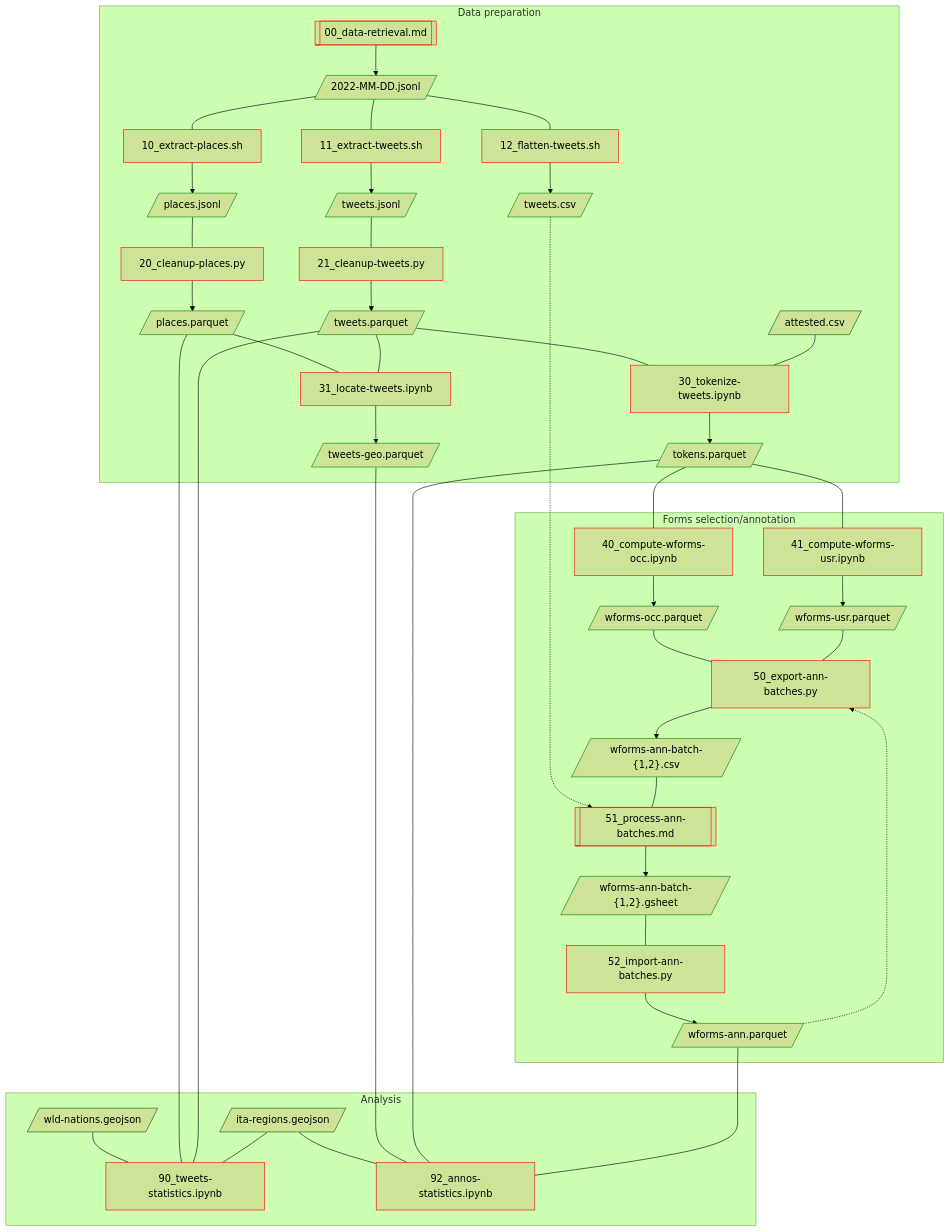
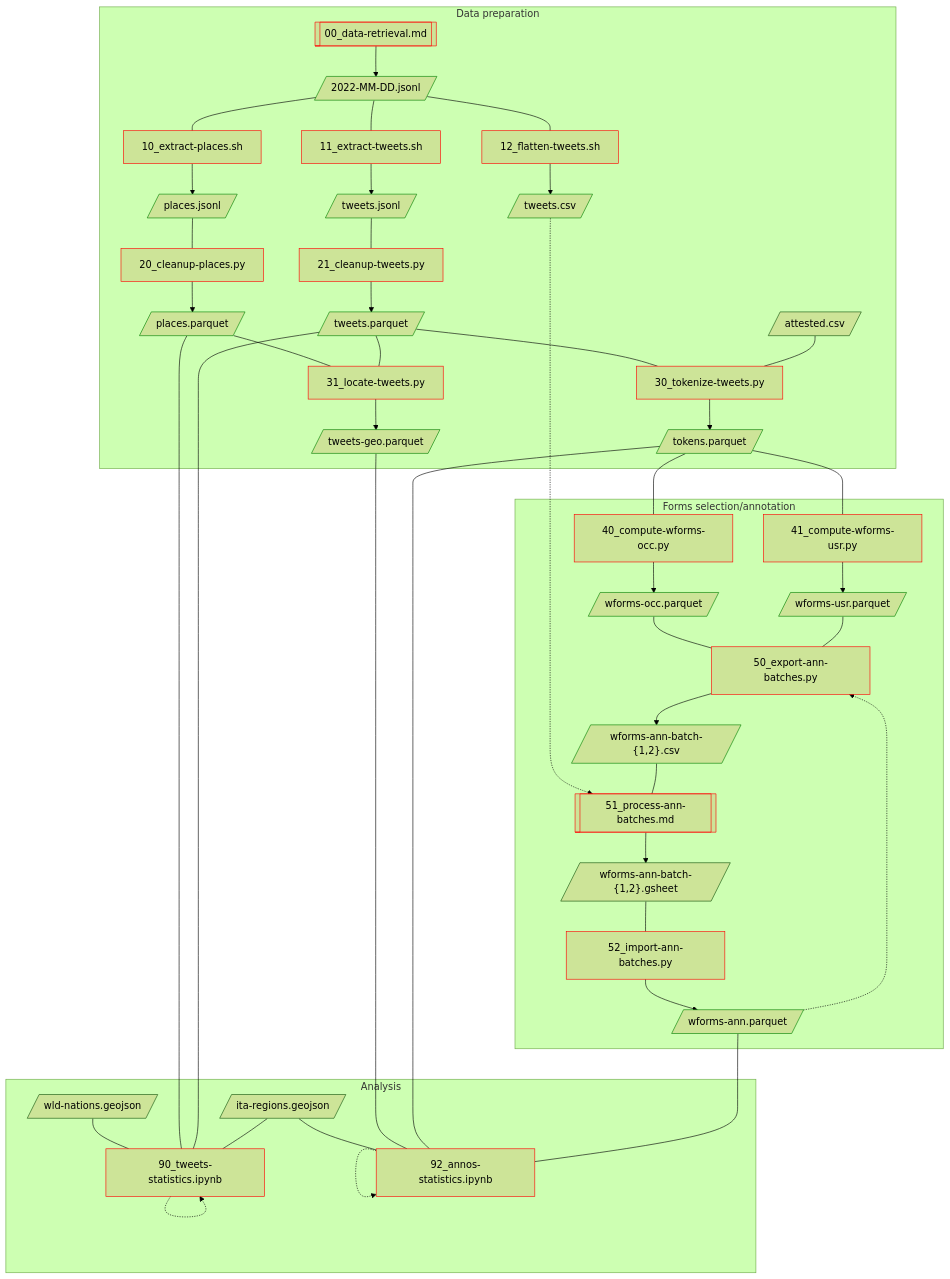
The diagram in README.md (breviloquia-italica/pipeline), drawn with Mermaid (forest theme) before and after one commit. The commit also changed 4 other files, not shown here.

````diff
--- a/README.md
+++ b/README.md
@@ -3,78 +3,80 @@
 ```mermaid
 flowchart TD;
 
 attested.csv[/attested.csv/]:::extdata;
 ita-regions.geojson[/ita-regions.geojson/]:::extdata
 wld-nations.geojson[/wld-nations.geojson/]:::extdata
 
 subgraph "Data preparation"
 
 00[[00_data-retrieval.md]]:::code;
 00 --> 2022-MM-DD.jsonl[/2022-MM-DD.jsonl/]:::data;
 
 10[10_extract-places.sh]:::code;
 11[11_extract-tweets.sh]:::code;
 12[12_flatten-tweets.sh]:::code;
 2022-MM-DD.jsonl --- 10 --> places.jsonl[/places.jsonl/]:::data;
 2022-MM-DD.jsonl --- 11 --> tweets.jsonl[/tweets.jsonl/]:::data;
 2022-MM-DD.jsonl --- 12 --> tweets.csv[/tweets.csv/]:::data;
 
 20[20_cleanup-places.py]:::code;
 21[21_cleanup-tweets.py]:::code;
 places.jsonl --- 20 --> places.parquet[/places.parquet/]:::data;
 tweets.jsonl --- 21 --> tweets.parquet[/tweets.parquet/]:::data;
 
-30[30_tokenize-tweets.ipynb]:::code;
+30[30_tokenize-tweets.py]:::code;
 tweets.parquet --- 30;
 attested.csv --- 30;
 30 --> tokens.parquet[/tokens.parquet/]:::data;
 
-31[31_locate-tweets.ipynb]:::code;
+31[31_locate-tweets.py]:::code;
 places.parquet --- 31;
 tweets.parquet --- 31 --> tweets-geo.parquet[/tweets-geo.parquet/]:::data;
 
 end
 
 subgraph "Forms selection/annotation"
 
-40[40_compute-wforms-occ.ipynb]:::code;
+40[40_compute-wforms-occ.py]:::code;
 tokens.parquet --- 40 --> wforms-occ.parquet[/wforms-occ.parquet/]:::data;
 
-41[41_compute-wforms-usr.ipynb]:::code;
+41[41_compute-wforms-usr.py]:::code;
 tokens.parquet --- 41 --> wforms-usr.parquet[/wforms-usr.parquet/]:::data;
 
 50[50_export-ann-batches.py]:::code;
 wforms-occ.parquet --- 50;
 wforms-usr.parquet --- 50;
 50 --> wforms-ann-batch-N.csv[/"wforms-ann-batch-{1,2}.csv"/]:::data;
 
 51[[51_process-ann-batches.md]]:::code;
 tweets.csv -.........-> 51;
-wforms-ann-batch-N.csv --- 51 --> wforms-ann-batch-N.gsheet[/"wforms-ann-batch-{1,2}.gsheet"/]:::data;
+wforms-ann-batch-N.csv --- 51 --> wforms-ann-batch-N.gsheet[/"wforms-ann-batch-{1,2}.gsheet"/]:::extdata;
 wforms-ann.parquet -.-> 50;
 
 52[52_import-ann-batches.py]:::code;
 wforms-ann-batch-N.gsheet --- 52 --> wforms-ann.parquet[/wforms-ann.parquet/]:::data;
 
 end
 
 subgraph "Analysis"
 
 90[90_tweets-statistics.ipynb]:::code;
 wld-nations.geojson --- 90;
 places.parquet --- 90;
 tweets.parquet --- 90;
 ita-regions.geojson --- 90;
+90 -.-> 90;
 
 92[92_annos-statistics.ipynb]:::code;
 ita-regions.geojson --- 92;
 tweets-geo.parquet --- 92;
 tokens.parquet --- 92;
 wforms-ann.parquet ---- 92;
+92 -.-> 92;
 
 end
 
 classDef code stroke:red;
 classDef data stroke:green,shape:rectangle;
 classDef extdata shape:rectangle;
 ```
````
